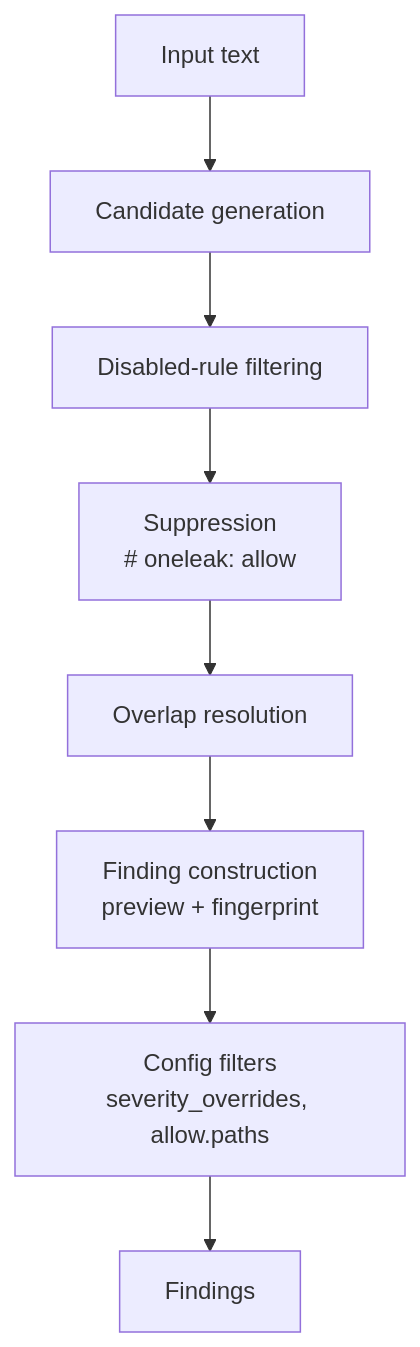
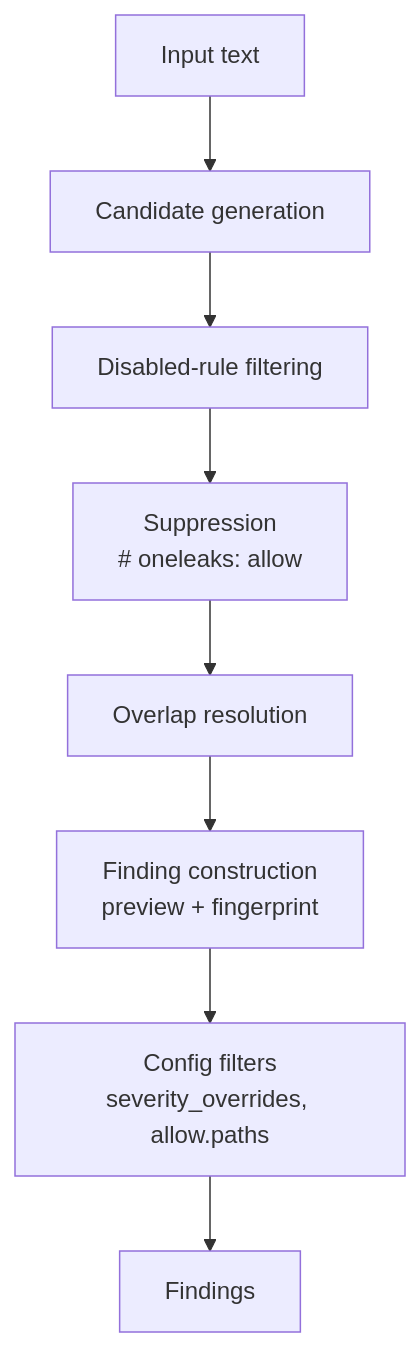
Before and after one commit to simjay/oneleak: the diagram in docs/architecture.md, drawn with Mermaid. The commit also changed other lines of this file and 58 other files, not shown here.

````diff
--- a/docs/architecture.md
+++ b/docs/architecture.md
@@ -9,10 +9,10 @@
 ```mermaid
 flowchart TD
     A[Input text] --> B[Candidate generation]
     B --> C[Disabled-rule filtering]
-    C --> D[Suppression<br/>#35; oneleak: allow]
+    C --> D[Suppression<br/>#35; oneleaks: allow]
     D --> E[Overlap resolution]
     E --> F[Finding construction<br/>preview + fingerprint]
     F --> G[Config filters<br/>severity_overrides, allow.paths]
     G --> H[Findings]
 ```
````
